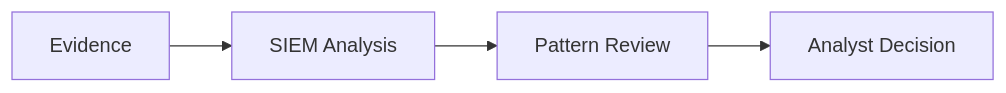
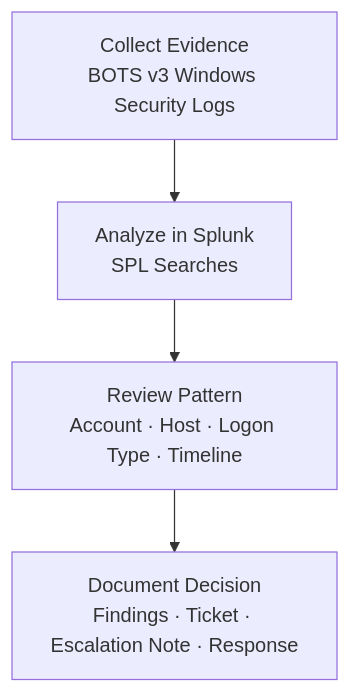
The diagram in README.md (luicep/Windows-Authentication-Triage-in-SIEM), drawn with Mermaid before and after one commit. The commit also changed other lines of this file, not shown here.

First line of the commit message:
Revise README for clarity on Windows logon triage

````diff
--- a/README.md
+++ b/README.md
@@ -24,6 +25,6 @@
 ```mermaid
-flowchart LR
-    A[Evidence] --> B[SIEM Analysis]
-    B --> C[Pattern Review]
-    C --> D[Analyst Decision]
+flowchart TD
+    A[Collect Evidence<br/>BOTS v3 Windows Security Logs] --> B[Analyze in Splunk<br/>SPL Searches]
+    B --> C[Review Pattern<br/>Account · Host · Logon Type · Timeline]
+    C --> D[Document Decision<br/>Findings · Ticket · Escalation Note · Response]
 ```
````
